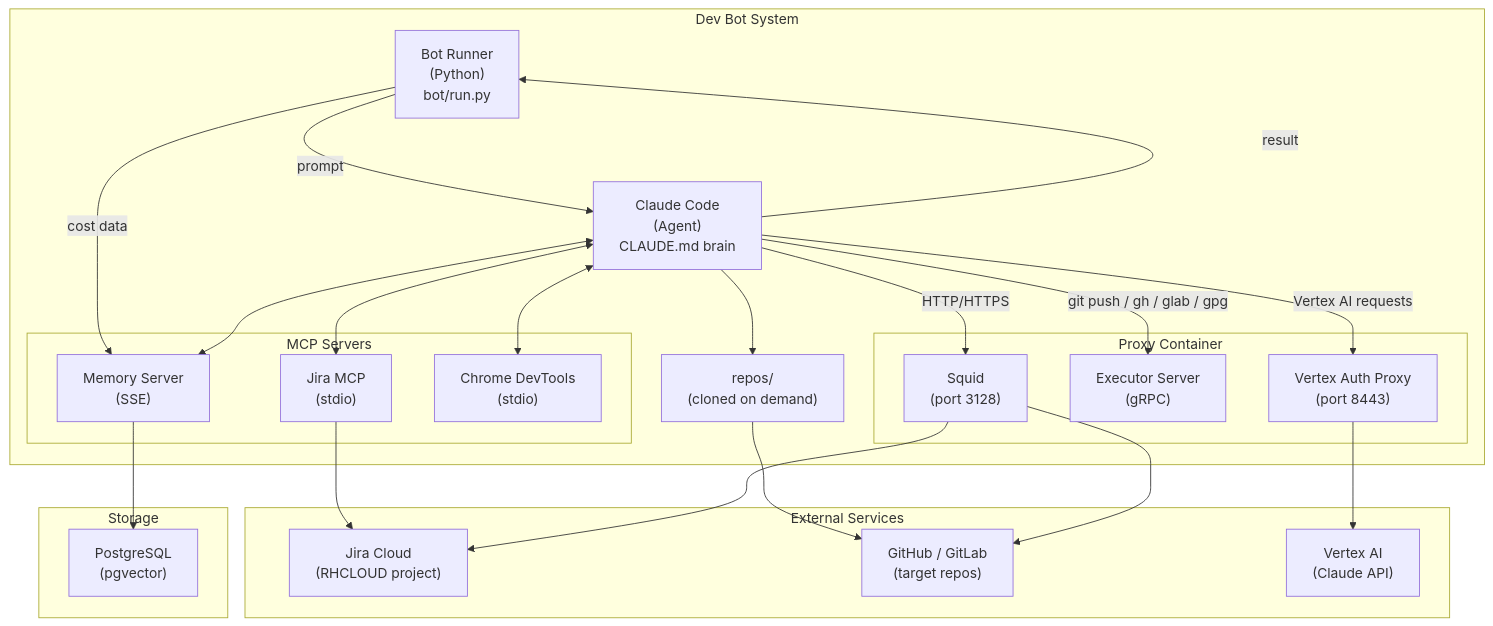
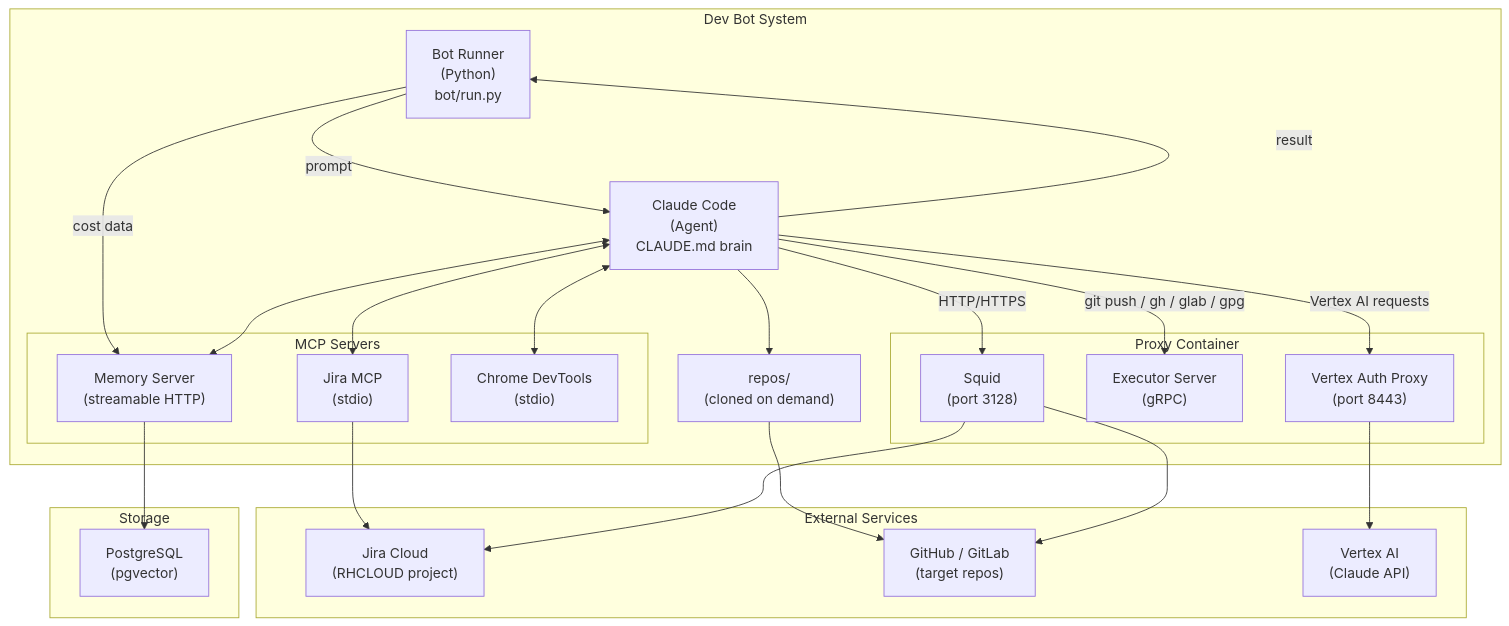
Before and after one commit to OpenShift-Fleet/rehor: the first of 8 diagrams in ARCHITECTURE.md, drawn with Mermaid. The commit also changed other lines of this file and 2 other files, not shown here.

First line of the commit message:
docs: remove SSH references, add skills, fix MCP transport

````diff
--- a/ARCHITECTURE.md
+++ b/ARCHITECTURE.md
@@ -7,47 +7,47 @@
 ```mermaid
 graph TB
     subgraph External["External Services"]
         Jira["Jira Cloud<br/>(RHCLOUD project)"]
         GHGL["GitHub / GitLab<br/>(target repos)"]
         Vertex["Vertex AI<br/>(Claude API)"]
     end
 
     subgraph System["Dev Bot System"]
         Runner["Bot Runner<br/>(Python)<br/>bot/run.py"]
         Agent["Claude Code<br/>(Agent)<br/>CLAUDE.md brain"]
         Repos["repos/<br/>(cloned on demand)"]
 
         subgraph MCP["MCP Servers"]
             JiraMCP["Jira MCP<br/>(stdio)"]
-            MemMCP["Memory Server<br/>(SSE)"]
+            MemMCP["Memory Server<br/>(streamable HTTP)"]
             Chrome["Chrome DevTools<br/>(stdio)"]
         end
 
         subgraph Proxy["Proxy Container"]
             Squid["Squid<br/>(port 3128)"]
             Executor["Executor Server<br/>(gRPC)"]
             VertexProxy["Vertex Auth Proxy<br/>(port 8443)"]
         end
     end
 
     subgraph Storage["Storage"]
         PG["PostgreSQL<br/>(pgvector)"]
     end
 
     Runner -- "prompt" --> Agent
     Agent -- "result" --> Runner
     Runner -- "cost data" --> MemMCP
     Agent <--> JiraMCP
     Agent <--> MemMCP
     Agent <--> Chrome
     Agent -- "git push / gh / glab / gpg" --> Executor
     Agent -- "Vertex AI requests" --> VertexProxy
     Agent -- "HTTP/HTTPS" --> Squid
     Agent --> Repos
     Repos --> GHGL
     JiraMCP --> Jira
     MemMCP --> PG
     Squid --> GHGL
     Squid --> Jira
     VertexProxy --> Vertex
 ```
````
